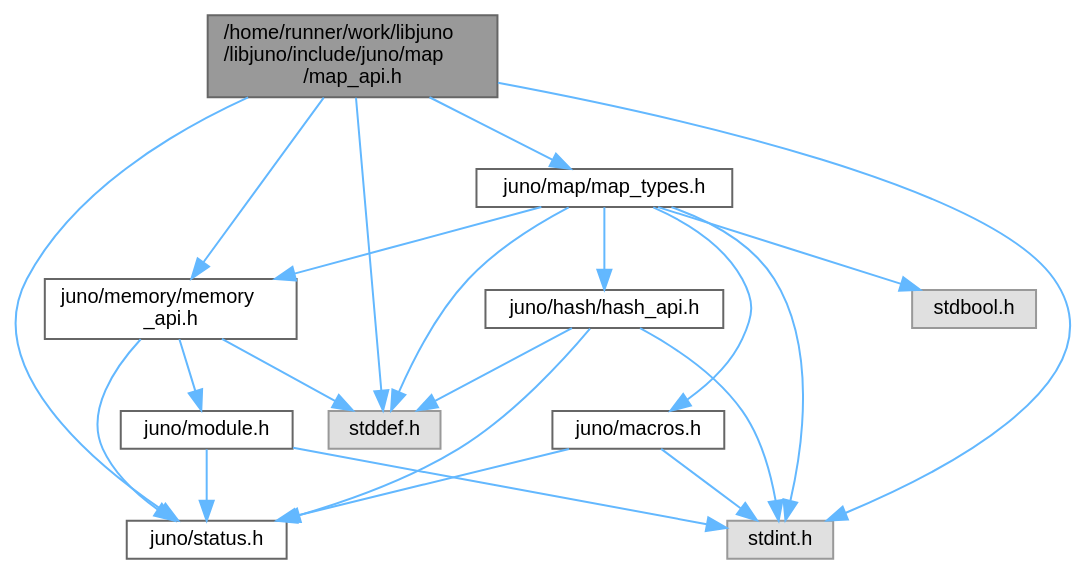
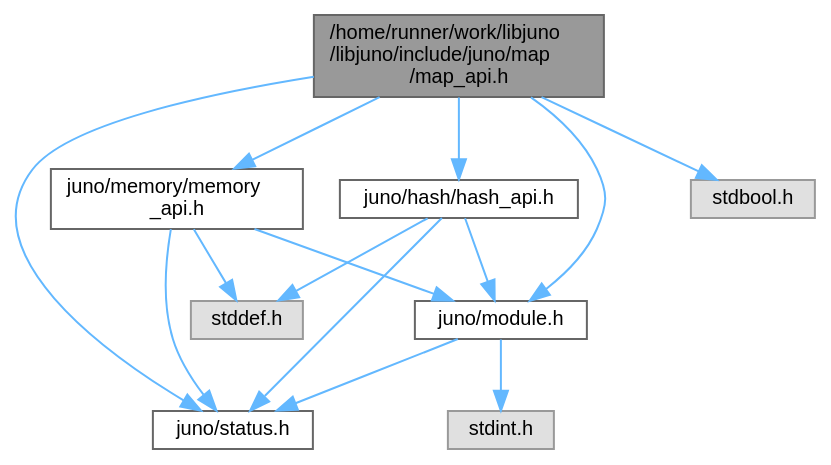
One commit to robinonsay/libjuno changed the diagram in map__api_8h__incl.dot. Above: the diagram before and after it, drawn with Graphviz. The commit also changed 272 other files, not shown here.

```diff
--- a/map__api_8h__incl.dot
+++ b/map__api_8h__incl.dot
@@ -1,38 +1,28 @@
 digraph "/home/runner/work/libjuno/libjuno/include/juno/map/map_api.h"
 {
  // LATEX_PDF_SIZE
   bgcolor="transparent";
   edge [fontname=Helvetica,fontsize=10,labelfontname=Helvetica,labelfontsize=10];
   node [fontname=Helvetica,fontsize=10,shape=box,height=0.2,width=0.4];
   Node1 [id="Node000001",label="/home/runner/work/libjuno\l/libjuno/include/juno/map\l/map_api.h",height=0.2,width=0.4,color="gray40", fillcolor="grey60", style="filled", fontcolor="black",tooltip=" "];
   Node1 -> Node2 [id="edge1_Node000001_Node000002",color="steelblue1",style="solid",tooltip=" "];
-  Node2 [id="Node000002",label="juno/memory/memory\l_api.h",height=0.2,width=0.4,color="grey40", fillcolor="white", style="filled",URL="$memory__api_8h.html",tooltip=" "];
+  Node2 [id="Node000002",label="juno/hash/hash_api.h",height=0.2,width=0.4,color="grey40", fillcolor="white", style="filled",URL="$hash__api_8h.html",tooltip=" "];
   Node2 -> Node3 [id="edge2_Node000002_Node000003",color="steelblue1",style="solid",tooltip=" "];
   Node3 [id="Node000003",label="juno/status.h",height=0.2,width=0.4,color="grey40", fillcolor="white", style="filled",URL="$status_8h.html",tooltip=" "];
   Node2 -> Node4 [id="edge3_Node000002_Node000004",color="steelblue1",style="solid",tooltip=" "];
   Node4 [id="Node000004",label="juno/module.h",height=0.2,width=0.4,color="grey40", fillcolor="white", style="filled",URL="$module_8h.html",tooltip=" "];
   Node4 -> Node3 [id="edge4_Node000004_Node000003",color="steelblue1",style="solid",tooltip=" "];
   Node4 -> Node5 [id="edge5_Node000004_Node000005",color="steelblue1",style="solid",tooltip=" "];
   Node5 [id="Node000005",label="stdint.h",height=0.2,width=0.4,color="grey60", fillcolor="#E0E0E0", style="filled",tooltip=" "];
   Node2 -> Node6 [id="edge6_Node000002_Node000006",color="steelblue1",style="solid",tooltip=" "];
   Node6 [id="Node000006",label="stddef.h",height=0.2,width=0.4,color="grey60", fillcolor="#E0E0E0", style="filled",tooltip=" "];
-  Node1 -> Node3 [id="edge7_Node000001_Node000003",color="steelblue1",style="solid",tooltip=" "];
-  Node1 -> Node6 [id="edge8_Node000001_Node000006",color="steelblue1",style="solid",tooltip=" "];
-  Node1 -> Node5 [id="edge9_Node000001_Node000005",color="steelblue1",style="solid",tooltip=" "];
-  Node1 -> Node7 [id="edge10_Node000001_Node000007",color="steelblue1",style="solid",tooltip=" "];
-  Node7 [id="Node000007",label="juno/map/map_types.h",height=0.2,width=0.4,color="grey40", fillcolor="white", style="filled",URL="$map__types_8h.html",tooltip=" "];
-  Node7 -> Node8 [id="edge11_Node000007_Node000008",color="steelblue1",style="solid",tooltip=" "];
-  Node8 [id="Node000008",label="juno/hash/hash_api.h",height=0.2,width=0.4,color="grey40", fillcolor="white", style="filled",URL="$hash__api_8h.html",tooltip=" "];
-  Node8 -> Node6 [id="edge12_Node000008_Node000006",color="steelblue1",style="solid",tooltip=" "];
-  Node8 -> Node5 [id="edge13_Node000008_Node000005",color="steelblue1",style="solid",tooltip=" "];
-  Node8 -> Node3 [id="edge14_Node000008_Node000003",color="steelblue1",style="solid",tooltip=" "];
-  Node7 -> Node9 [id="edge15_Node000007_Node000009",color="steelblue1",style="solid",tooltip=" "];
-  Node9 [id="Node000009",label="juno/macros.h",height=0.2,width=0.4,color="grey40", fillcolor="white", style="filled",URL="$macros_8h.html",tooltip=" "];
-  Node9 -> Node3 [id="edge16_Node000009_Node000003",color="steelblue1",style="solid",tooltip=" "];
-  Node9 -> Node5 [id="edge17_Node000009_Node000005",color="steelblue1",style="solid",tooltip=" "];
-  Node7 -> Node2 [id="edge18_Node000007_Node000002",color="steelblue1",style="solid",tooltip=" "];
-  Node7 -> Node6 [id="edge19_Node000007_Node000006",color="steelblue1",style="solid",tooltip=" "];
-  Node7 -> Node5 [id="edge20_Node000007_Node000005",color="steelblue1",style="solid",tooltip=" "];
-  Node7 -> Node10 [id="edge21_Node000007_Node000010",color="steelblue1",style="solid",tooltip=" "];
-  Node10 [id="Node000010",label="stdbool.h",height=0.2,width=0.4,color="grey60", fillcolor="#E0E0E0", style="filled",tooltip=" "];
+  Node1 -> Node7 [id="edge7_Node000001_Node000007",color="steelblue1",style="solid",tooltip=" "];
+  Node7 [id="Node000007",label="juno/memory/memory\l_api.h",height=0.2,width=0.4,color="grey40", fillcolor="white", style="filled",URL="$memory__api_8h.html",tooltip=" "];
+  Node7 -> Node3 [id="edge8_Node000007_Node000003",color="steelblue1",style="solid",tooltip=" "];
+  Node7 -> Node4 [id="edge9_Node000007_Node000004",color="steelblue1",style="solid",tooltip=" "];
+  Node7 -> Node6 [id="edge10_Node000007_Node000006",color="steelblue1",style="solid",tooltip=" "];
+  Node1 -> Node3 [id="edge11_Node000001_Node000003",color="steelblue1",style="solid",tooltip=" "];
+  Node1 -> Node4 [id="edge12_Node000001_Node000004",color="steelblue1",style="solid",tooltip=" "];
+  Node1 -> Node8 [id="edge13_Node000001_Node000008",color="steelblue1",style="solid",tooltip=" "];
+  Node8 [id="Node000008",label="stdbool.h",height=0.2,width=0.4,color="grey60", fillcolor="#E0E0E0", style="filled",tooltip=" "];
 }
```
